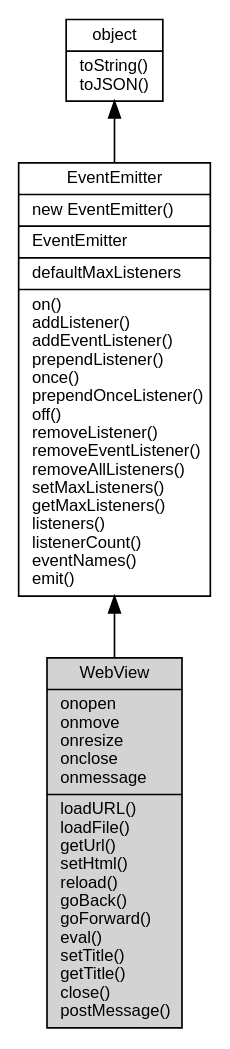
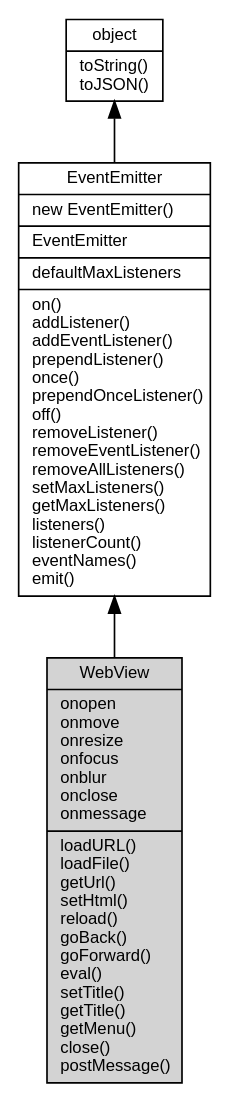
One commit to fibjs/fibjs.org changed the diagram in docs/manual/object/ifs/WebView.md. Above: the diagram before and after it, drawn with Graphviz. The commit also changed other lines of this file and 8 other files, not shown here.

````diff
--- a/docs/manual/object/ifs/WebView.md
+++ b/docs/manual/object/ifs/WebView.md
@@ -55,12 +55,12 @@
 ```dot
 digraph {
     node [fontname="Helvetica,sans-Serif", fontsize=10, shape="record", style="filled", fillcolor="white"];
 
     object [tooltip="object", URL="object.md", label="{object|toString()\ltoJSON()\l}"];
     EventEmitter [tooltip="EventEmitter", URL="EventEmitter.md", label="{EventEmitter|new EventEmitter()\l|EventEmitter\l|defaultMaxListeners\l|on()\laddListener()\laddEventListener()\lprependListener()\lonce()\lprependOnceListener()\loff()\lremoveListener()\lremoveEventListener()\lremoveAllListeners()\lsetMaxListeners()\lgetMaxListeners()\llisteners()\llistenerCount()\leventNames()\lemit()\l}"];
-    WebView [tooltip="WebView", fillcolor="lightgray", id="me", label="{WebView|onopen\lonmove\lonresize\lonclose\lonmessage\l|loadURL()\lloadFile()\lgetUrl()\lsetHtml()\lreload()\lgoBack()\lgoForward()\leval()\lsetTitle()\lgetTitle()\lclose()\lpostMessage()\l}"];
+    WebView [tooltip="WebView", fillcolor="lightgray", id="me", label="{WebView|onopen\lonmove\lonresize\lonfocus\lonblur\lonclose\lonmessage\l|loadURL()\lloadFile()\lgetUrl()\lsetHtml()\lreload()\lgoBack()\lgoForward()\leval()\lsetTitle()\lgetTitle()\lgetMenu()\lclose()\lpostMessage()\l}"];
 
     object -> EventEmitter [dir=back];
     EventEmitter -> WebView [dir=back];
 }
 ```
````
